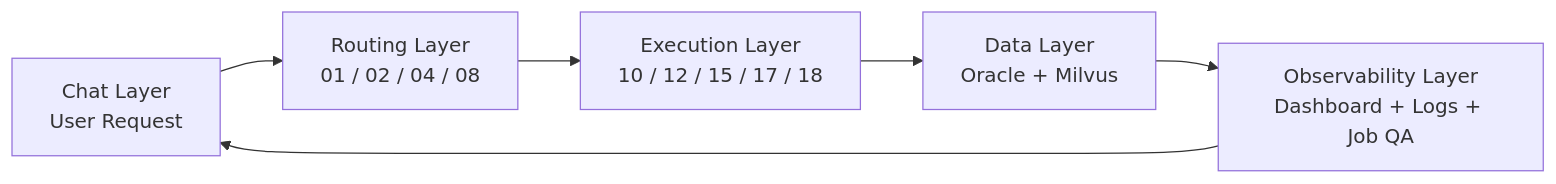
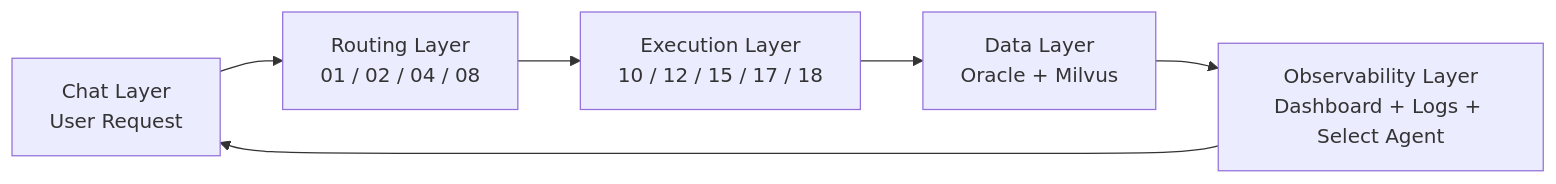
The first of 3 diagrams in smartMigrate_2.0_Langflow/00_guide/00_architecture_chapter1_overview.md (seongikjin227-jpg/refactoring_smartMigrate), drawn with Mermaid before and after one commit. The commit also changed other lines of this file and 14 other files, not shown here.

````diff
--- a/smartMigrate_2.0_Langflow/00_guide/00_architecture_chapter1_overview.md
+++ b/smartMigrate_2.0_Langflow/00_guide/00_architecture_chapter1_overview.md
@@ -9,8 +9,8 @@
 ```mermaid
 flowchart LR
     CHAT[Chat Layer<br/>User Request] --> ROUTE[Routing Layer<br/>01 / 02 / 04 / 08]
     ROUTE --> EXEC[Execution Layer<br/>10 / 12 / 15 / 17 / 18]
     EXEC --> DATA[Data Layer<br/>Oracle + Milvus]
-    DATA --> OBS[Observability Layer<br/>Dashboard + Logs + Job QA]
+    DATA --> OBS[Observability Layer<br/>Dashboard + Logs + Select Agent]
     OBS --> CHAT
 ```
````
